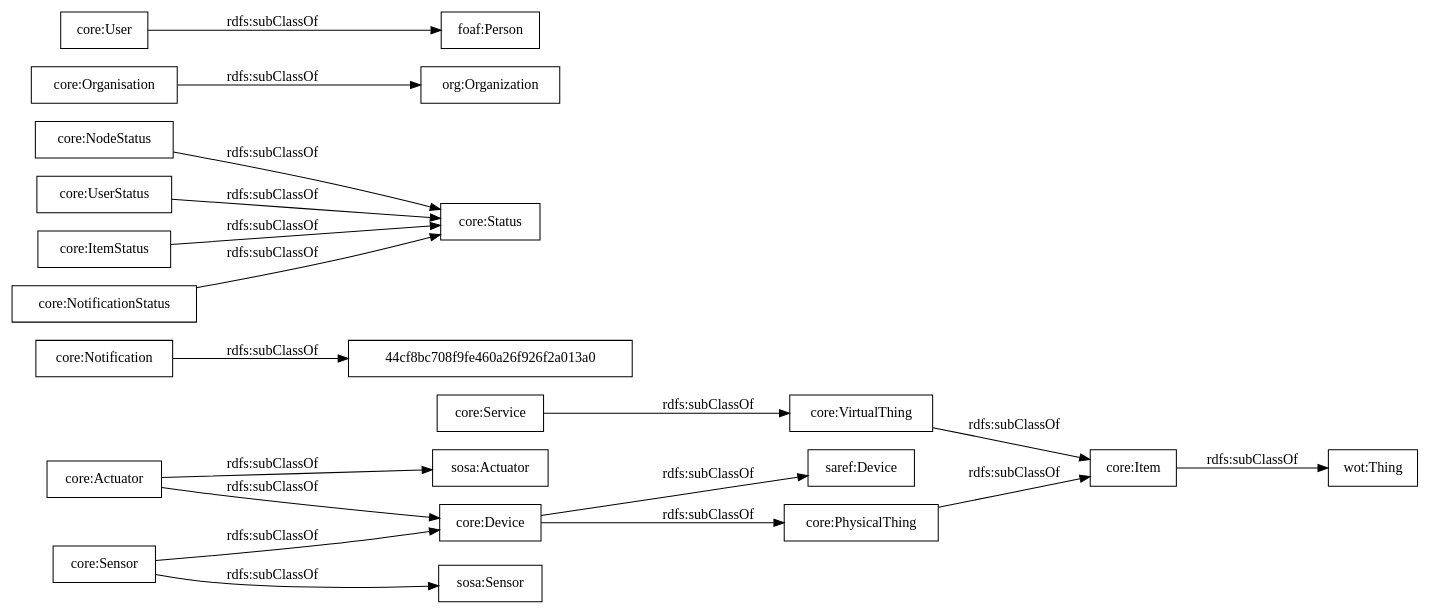
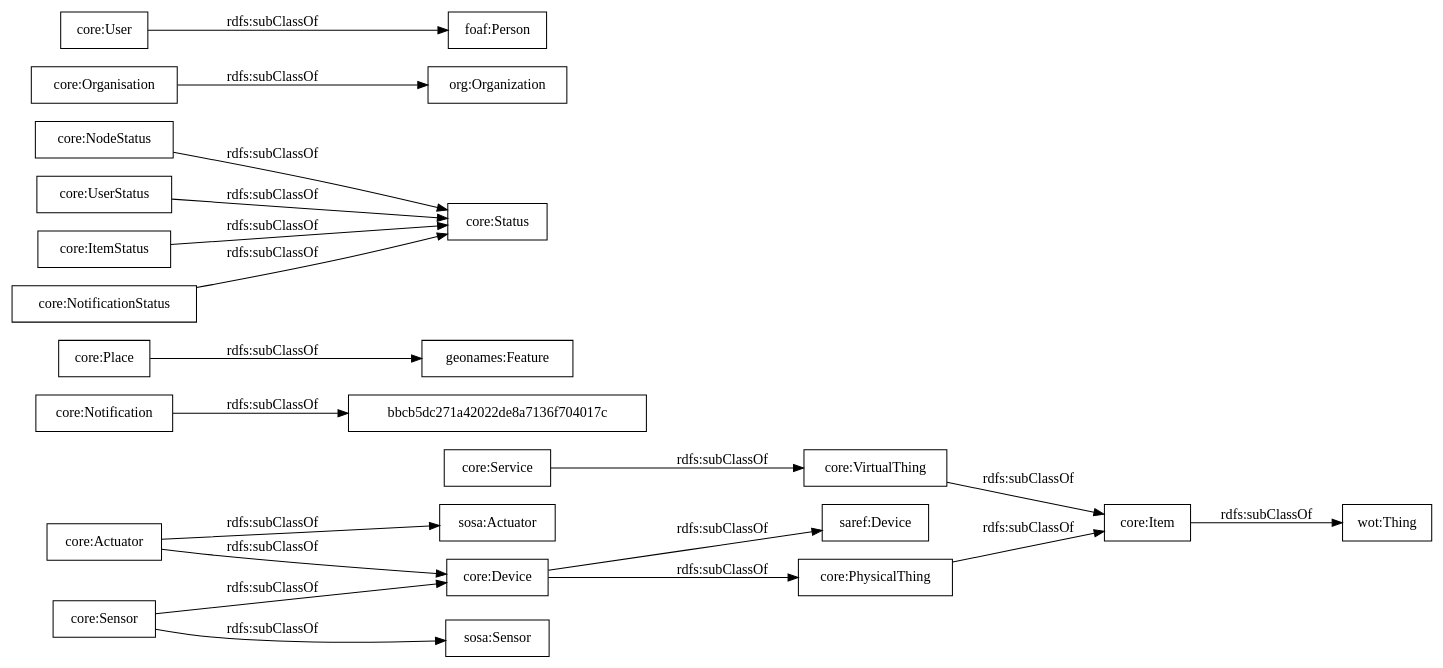
One commit to oeg-upm/auroral-core-ontology changed the diagram in OnToology/ontology/auroral-core.ttl/diagrams/ar2dtool-taxonomy/auroral-core.ttl.png.dot. Above: the diagram before and after it, drawn with Graphviz. The commit also changed 12 other files, not shown here.

```diff
--- a/OnToology/ontology/auroral-core.ttl/diagrams/ar2dtool-taxonomy/auroral-core.ttl.png.dot
+++ b/OnToology/ontology/auroral-core.ttl/diagrams/ar2dtool-taxonomy/auroral-core.ttl.png.dot
@@ -1,23 +1,24 @@
 digraph ar2dtool_diagram { 
 rankdir=LR;
 size="1000"
-node [shape = rectangle, color="black"]; "core:Service" "core:Notification" "core:NodeStatus" "core:VirtualThing" "core:UserStatus" "org:Organization" "core:User" "core:Item" "core:ItemStatus" "44cf8bc708f9fe460a26f926f2a013a0" "sosa:Actuator" "core:Actuator" "core:Organisation" "core:NotificationStatus" "foaf:Person" "saref:Device" "core:PhysicalThing" "sosa:Sensor" "wot:Thing" "core:Status" "core:Device" "core:Sensor" ; /*classes style*/
+node [shape = rectangle, color="black"]; "core:Service" "core:Notification" "core:Place" "core:NodeStatus" "core:VirtualThing" "core:UserStatus" "org:Organization" "core:User" "core:Item" "core:ItemStatus" "sosa:Actuator" "core:Actuator" "core:Organisation" "core:NotificationStatus" "foaf:Person" "bbcb5dc271a42022de8a7136f704017c" "saref:Device" "core:PhysicalThing" "geonames:Feature" "sosa:Sensor" "wot:Thing" "core:Status" "core:Device" "core:Sensor" ; /*classes style*/
+	"core:Item" -> "wot:Thing" [ label = "rdfs:subClassOf" ];
 	"core:UserStatus" -> "core:Status" [ label = "rdfs:subClassOf" ];
-	"core:Item" -> "wot:Thing" [ label = "rdfs:subClassOf" ];
+	"core:Place" -> "geonames:Feature" [ label = "rdfs:subClassOf" ];
 	"core:VirtualThing" -> "core:Item" [ label = "rdfs:subClassOf" ];
-	"core:Notification" -> "44cf8bc708f9fe460a26f926f2a013a0" [ label = "rdfs:subClassOf" ];
+	"core:Notification" -> "bbcb5dc271a42022de8a7136f704017c" [ label = "rdfs:subClassOf" ];
 	"core:PhysicalThing" -> "core:Item" [ label = "rdfs:subClassOf" ];
 	"core:Sensor" -> "core:Device" [ label = "rdfs:subClassOf" ];
 	"core:Sensor" -> "sosa:Sensor" [ label = "rdfs:subClassOf" ];
 	"core:NodeStatus" -> "core:Status" [ label = "rdfs:subClassOf" ];
 	"core:User" -> "foaf:Person" [ label = "rdfs:subClassOf" ];
 	"core:Actuator" -> "core:Device" [ label = "rdfs:subClassOf" ];
 	"core:Actuator" -> "sosa:Actuator" [ label = "rdfs:subClassOf" ];
 	"core:ItemStatus" -> "core:Status" [ label = "rdfs:subClassOf" ];
 	"core:Device" -> "saref:Device" [ label = "rdfs:subClassOf" ];
 	"core:Device" -> "core:PhysicalThing" [ label = "rdfs:subClassOf" ];
 	"core:Service" -> "core:VirtualThing" [ label = "rdfs:subClassOf" ];
 	"core:NotificationStatus" -> "core:Status" [ label = "rdfs:subClassOf" ];
 	"core:Organisation" -> "org:Organization" [ label = "rdfs:subClassOf" ];
 
 }
```
